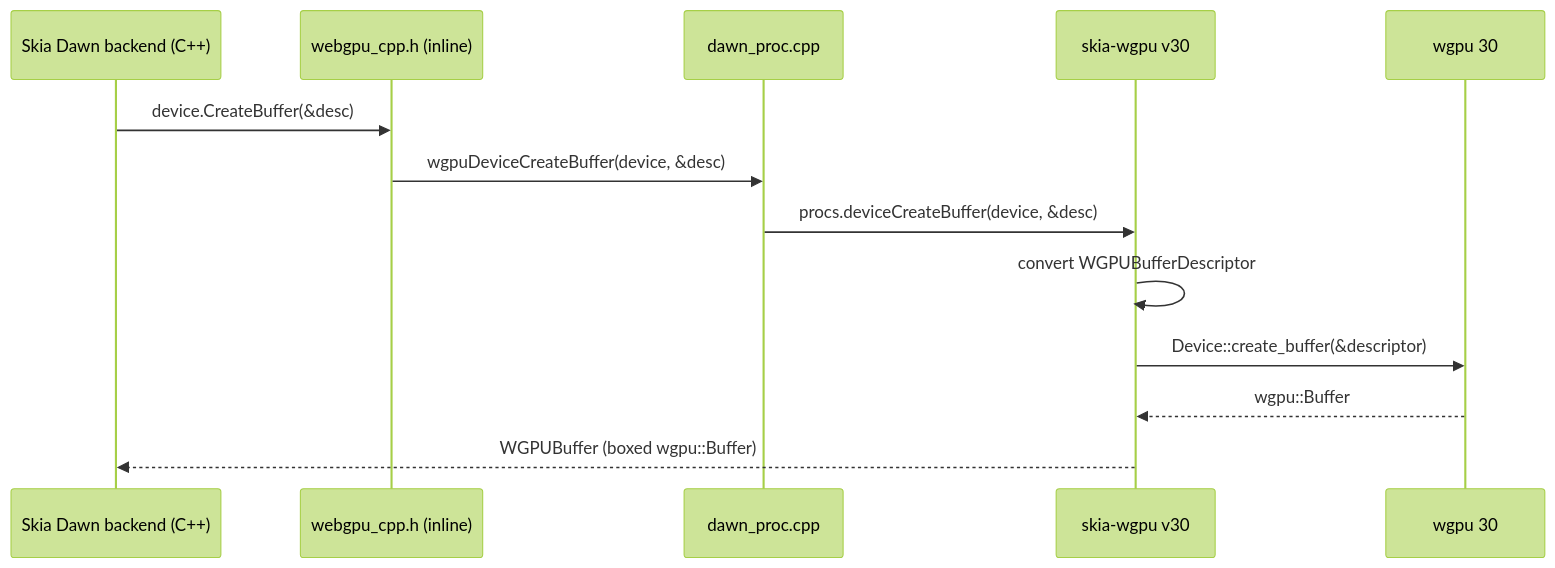
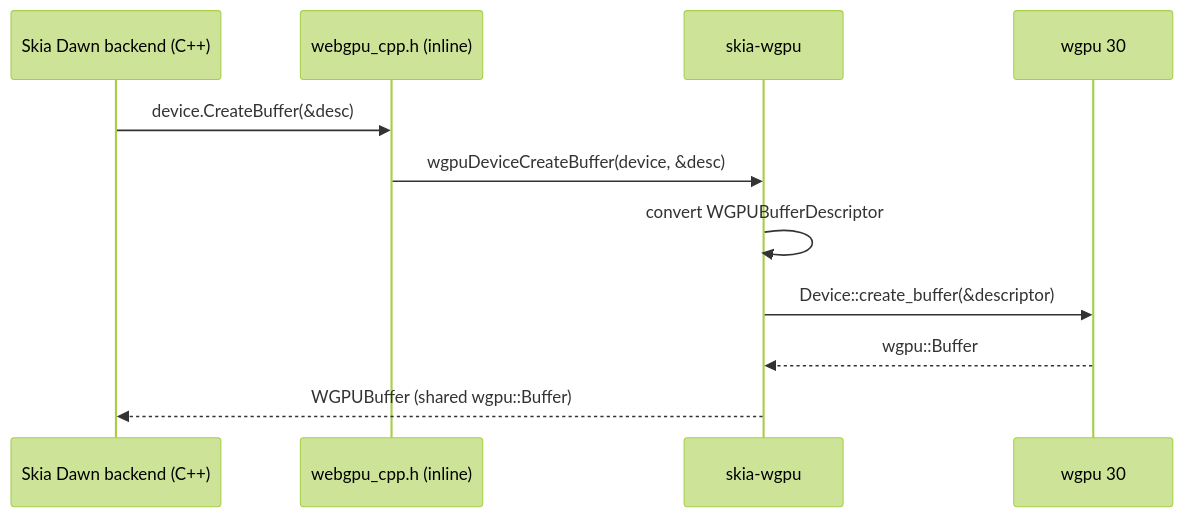
The third of 5 diagrams in docs/wgpu-backend-architecture.md (rust-skia/rust-skia), drawn with Mermaid (forest theme) before and after one commit. The commit also changed other lines of this file and 2 other files, not shown here.

Commit message:
docs: Split the WebGPU function exports into ADR 0004, and record skia-safe's wgpu API and the pending-map leak

````diff
--- a/docs/wgpu-backend-architecture.md
+++ b/docs/wgpu-backend-architecture.md
@@ -70,16 +88,14 @@
 ```mermaid
 sequenceDiagram
     participant Skia as Skia Dawn backend (C++)
     participant Cpp as webgpu_cpp.h (inline)
-    participant Proc as dawn_proc.cpp
-    participant Shim as skia-wgpu v30
+    participant Shim as skia-wgpu
     participant Wgpu as wgpu 30
 
     Skia->>Cpp: device.CreateBuffer(&desc)
-    Cpp->>Proc: wgpuDeviceCreateBuffer(device, &desc)
-    Proc->>Shim: procs.deviceCreateBuffer(device, &desc)
+    Cpp->>Shim: wgpuDeviceCreateBuffer(device, &desc)
     Shim->>Shim: convert WGPUBufferDescriptor
     Shim->>Wgpu: Device::create_buffer(&descriptor)
     Wgpu-->>Shim: wgpu::Buffer
-    Shim-->>Skia: WGPUBuffer (boxed wgpu::Buffer)
+    Shim-->>Skia: WGPUBuffer (shared wgpu::Buffer)
 ```
````
